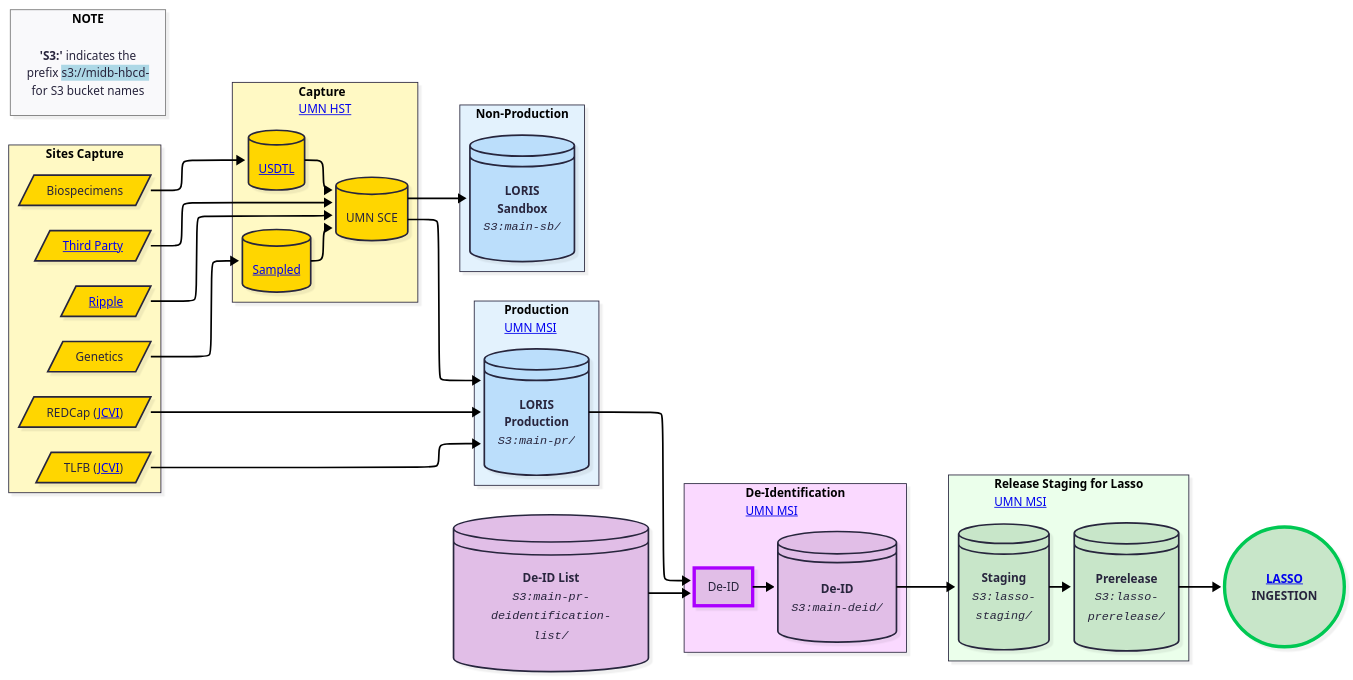
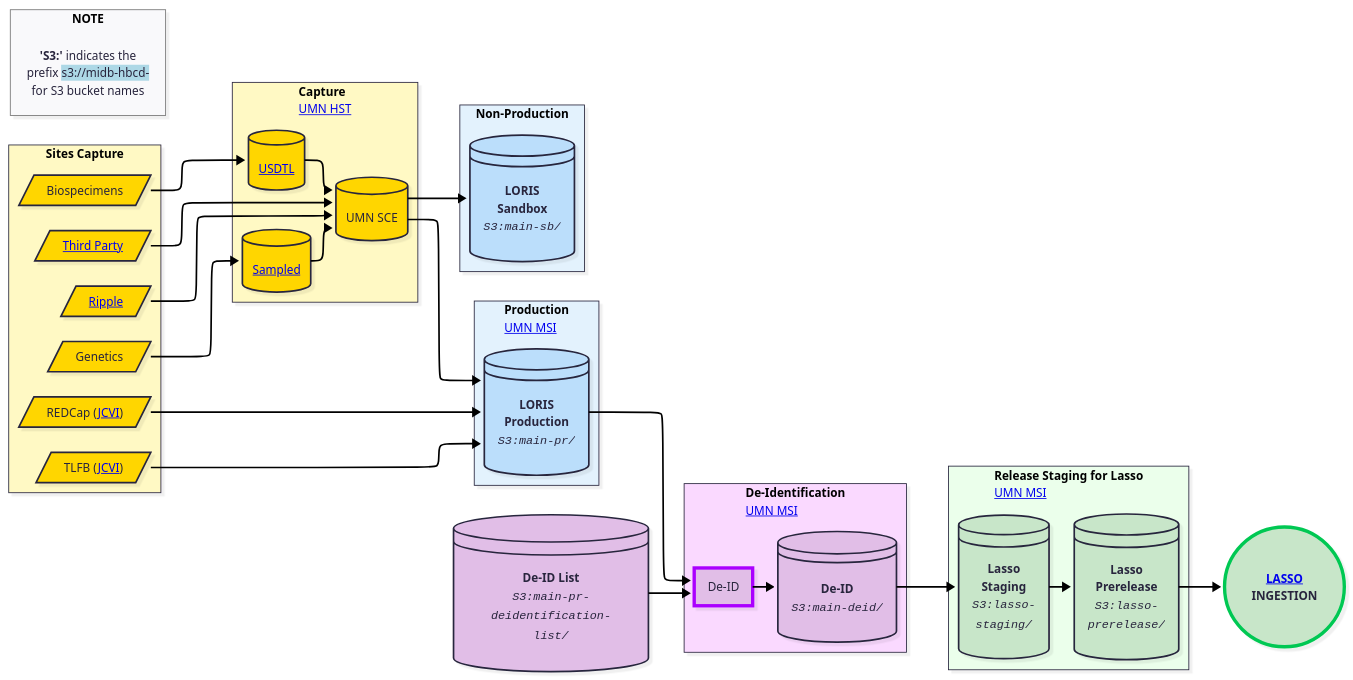
Before and after one commit to DCAN-Labs/hbcd-docs-internal: the diagram in src/mermaid/tab-wf.mmd, drawn with Mermaid. The commit also changed 1 other file, not shown here.

```diff
--- a/src/mermaid/tab-wf.mmd
+++ b/src/mermaid/tab-wf.mmd
@@ -1,96 +1,96 @@
 ---
 config:
   layout: elk
   look: neo
   theme: redux
 ---
 flowchart LR
  subgraph Capture_LORIS["<b>Sites Capture</b><br>"]
         n13@{ label: "REDCap (<a href=\"../../orgcharts/#j-craig-venter-institute\" rel=\"noopener\" target=\"_blank\">JCVI</a>)" }
         n14@{ label: "TLFB (<a href=\"../../orgcharts/#j-craig-venter-institute\" rel=\"noopener\" target=\"_blank\">JCVI</a>)" }
         n16@{ label: "<a href=\"../../orgcharts/#ripple\" rel=\"noopener\" target=\"_blank\">Ripple</a>" }
         n17@{ label: "<a href=\"#third-party\" target=\"_top\">Third Party</a>" }
         n18["Biospecimens"]
         n19["Genetics"]
   end
  subgraph s1["<b>Production</b><br><a href=../../orgcharts/#midb-informatics-hub-msi rel=noopener target=_blank>UMN MSI</a>"]
         n15@{ label: "<b>LORIS<br>Production</b><br><span style=\"color:\"><code><i>S3:main-pr/</i></code></span>" }
   end
  subgraph s2["<b>Capture</b><br><a href=../../orgcharts/#health-sciences-technology rel=noopener target=_blank>UMN HST</a>"]
         n20@{ label: "<a href=\"https://sampled.com/\">Sampled</a>" }
         n21["UMN SCE"]
         n22@{ label: "<a href=\"https://www.usdtl.com/\">USDTL</a>" }
   end
  subgraph s3["<b>Non-Production</b>"]
         n23["<b>LORIS<br>Sandbox</b><br><code><i>S3:main-sb/</i></code>"]
   end
  subgraph s4["<b>De-Identification</b><br><a href=../../orgcharts/#midb-informatics-hub-msi rel=noopener target=_blank>UMN MSI</a>"]
         n25["De-ID"]
         n26["<b>De-ID<br></b><code><i>S3:main-deid/</i></code>"]
   end
  subgraph s5["<b>Release Staging for Lasso</b><br><a href=../../orgcharts/#midb-informatics-hub-msi rel=noopener target=_blank>UMN MSI</a>"]
-        n27["<b>Staging</b><br><code><i>S3:lasso-<br>staging/</i></code>"]
-        n28@{ label: "<b>Prerelease<br></b><code><i><span style=\"background-color:\">S3:</span>lasso-<br>prerelease/</i></code>" }
+        n27["<b>Lasso<br>Staging</b><br><code><i>S3:lasso-<br>staging/</i></code>"]
+        n28@{ label: "<b>Lasso<br>Prerelease<br></b><code><i><span style=\"background-color:\">S3:</span>lasso-<br>prerelease/</i></code>" }
   end
  subgraph s6["<b>NOTE</b>"]
         legend@{ label: "<b>'S3:'</b> indicates the<br>prefix <span style=\"background-color:lightblue;\">s3://midb-hbcd-<br></span>for S3 bucket names" }
   end
     n13 --> n15
     n14 --> n15
     n16 --> n21
     n17 --> n21
     n19 --> n20
     n18 --> n22
     n20 --> n21
     n22 --> n21
     n21 --> n15 & n23
     n15 --> n25
     n25 --> n26
     n27 --> n28
     n26 --> n27
     n29["<b>De-ID List<br></b><code><i>S3:main-pr-deidentification-<br>list/</i></code>"] --> n25
     n28 --> n30@{ label: "<a href=\"../../orgcharts/#lasso\" rel=\"noopener\" target=\"_blank\"><b>LASSO</a><br>INGESTION</b>" }
     n13@{ shape: lean-r}
     n14@{ shape: lean-r}
     n16@{ shape: lean-r}
     n17@{ shape: lean-r}
     n18@{ shape: lean-r}
     n19@{ shape: lean-r}
     n15@{ shape: disk}
     n20@{ shape: db}
     n21@{ shape: db}
     n22@{ shape: db}
     n23@{ shape: disk}
     n25@{ shape: rect}
     n26@{ shape: disk}
     n27@{ shape: disk}
     n28@{ shape: disk}
     legend@{ shape: text}
     n29@{ shape: disk}
     n30@{ shape: circle}
     s4@{ shape: rect}
     s5@{ shape: rect}
     style n13 fill:#FFD600
     style n14 fill:#FFD600
     style n16 fill:#FFD600
     style n17 fill:#FFD600
     style n18 fill:#FFD600
     style n19 fill:#FFD600
     style n15 fill:#BBDEFB
     style n20 fill:#FFD600
     style n21 fill:#FFD600
     style n22 fill:#FFD600
     style n23 fill:#BBDEFB
     style n25 fill:#E1BEE7,stroke:#AA00FF,stroke-width:4px,stroke-dasharray: 0
     style n26 fill:#E1BEE7
     style n27 fill:#C8E6C9
     style n28 fill:#C8E6C9
     style n29 fill:#E1BEE7
     style n30 fill:#C8E6C9,stroke:#00C853,stroke-width:4px,stroke-dasharray: 0
     style s4 fill:#FAD9FF
     style s5 fill:#EBFFEB
     style Capture_LORIS fill:#FFF9C4
     style s1 fill:#E3F2FD
     style s2 fill:#FFF9C4
     style s3 fill:#E3F2FD
     style s6 color:#000000,stroke:#757575
```
